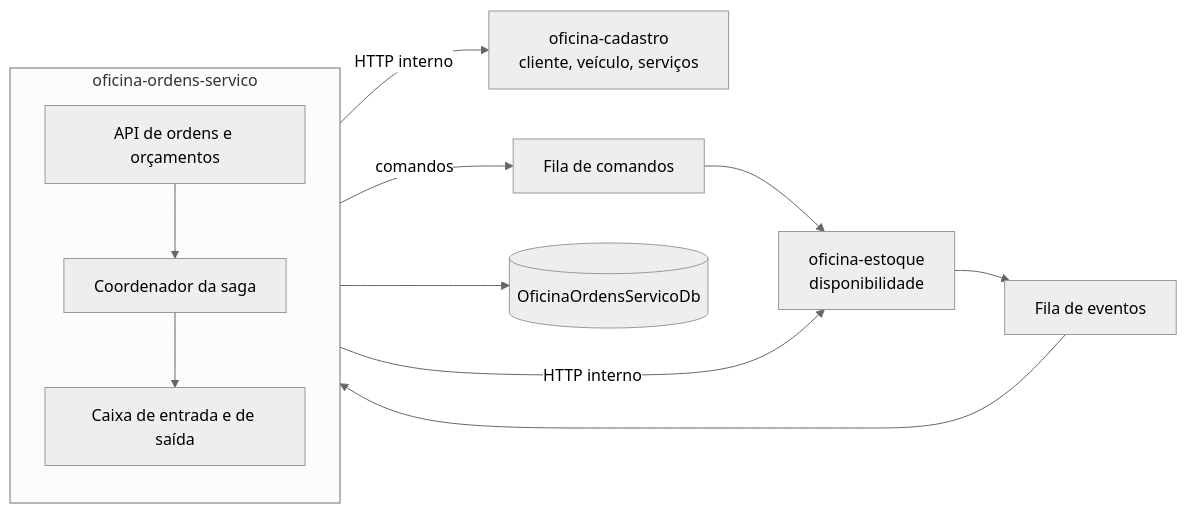
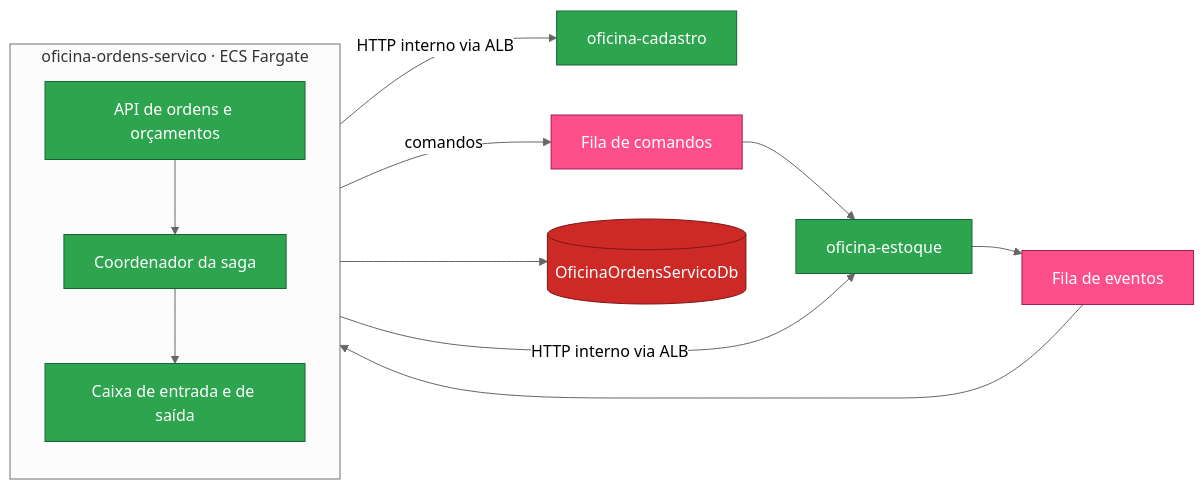
One commit to fabianorodrigues/oficina-ordens-servico-fiap-fase4 changed the third of 3 diagrams in README.md. Above: the diagram before and after it, drawn with Mermaid (neutral theme). The commit also changed other lines of this file, not shown here.

Commit message:
docs: alinhar README ao deploy ECS Fargate e validação E2E

````diff
--- a/README.md
+++ b/README.md
@@ -85,18 +100,25 @@
 ```mermaid
 flowchart LR
-    subgraph Ordens["oficina-ordens-servico"]
+    subgraph Ordens["oficina-ordens-servico · ECS Fargate"]
         direction TB
         API["API de ordens e orçamentos"]
         Saga["Coordenador da saga"]
         Msg["Caixa de entrada e de saída"]
         API --> Saga --> Msg
     end
 
-    Ordens -->|"HTTP interno"| Cadastro["oficina-cadastro<br/>cliente, veículo, serviços"]
-    Ordens -->|"HTTP interno"| Estoque["oficina-estoque<br/>disponibilidade"]
+    Ordens -->|"HTTP interno via ALB"| Cadastro["oficina-cadastro"]
+    Ordens -->|"HTTP interno via ALB"| Estoque["oficina-estoque"]
     Msg -->|"comandos"| FC["Fila de comandos"]
     FE["Fila de eventos"] --> Msg
     FC --> Estoque
     Estoque --> FE
     Ordens --> DB[("OficinaOrdensServicoDb")]
+
+    classDef svc fill:#2da44e,stroke:#166534,color:#fff
+    classDef data fill:#CC2927,stroke:#7a1717,color:#fff
+    classDef queue fill:#FF4F8B,stroke:#a11d55,color:#fff
+    class API,Saga,Msg,Cadastro,Estoque svc
+    class DB data
+    class FC,FE queue
 ```
````
